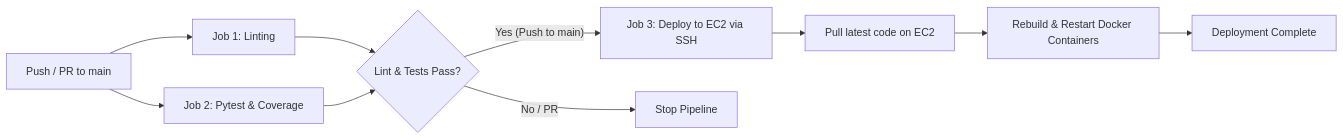
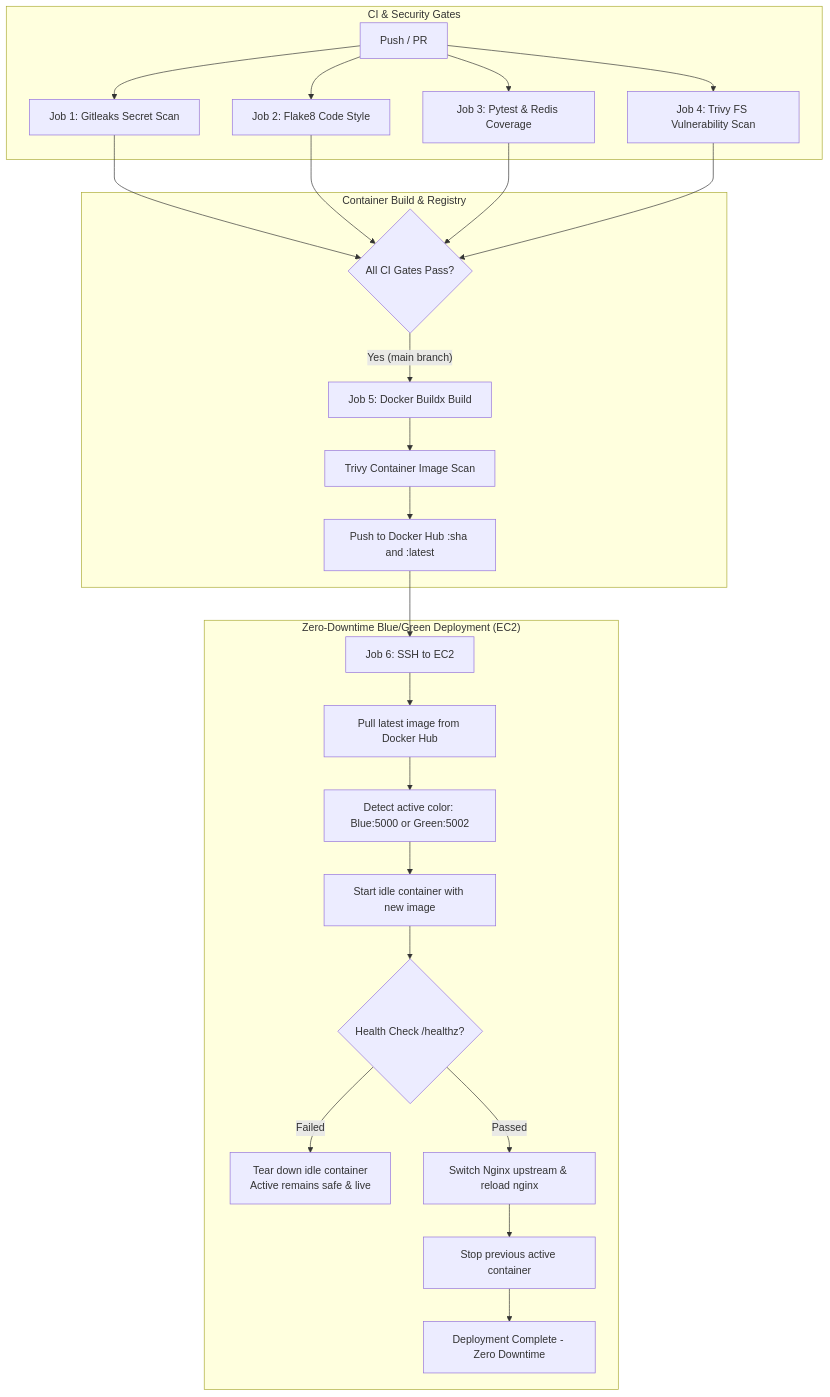
Before and after one commit to dbuntyz/docker-python: the diagram in README-DEPLOYMENT.md, drawn with Mermaid. The commit also changed other lines of this file and 9 other files, not shown here.

Commit message:
blue-green-deeployment

````diff
--- a/README-DEPLOYMENT.md
+++ b/README-DEPLOYMENT.md
@@ -96,12 +47,28 @@
 ```mermaid
-flowchart LR
-    A[Push / PR to main] --> B[Job 1: Linting]
-    A --> C[Job 2: Pytest & Coverage]
-    B --> D{Lint & Tests Pass?}
-    C --> D
-    D -- Yes (Push to main) --> E[Job 3: Deploy to EC2 via SSH]
-    D -- No / PR --> F[Stop Pipeline]
-    E --> G[Pull latest code on EC2]
-    G --> H[Rebuild & Restart Docker Containers]
-    H --> I[Deployment Complete]
+flowchart TD
+    subgraph CI["CI & Security Gates"]
+        A[Push / PR] --> B[Job 1: Gitleaks Secret Scan]
+        A --> C[Job 2: Flake8 Code Style]
+        A --> D[Job 3: Pytest & Redis Coverage]
+        A --> E[Job 4: Trivy FS Vulnerability Scan]
+    end
+
+    subgraph CD_REGISTRY["Container Build & Registry"]
+        B & C & D & E --> F{All CI Gates Pass?}
+        F -- Yes (main branch) --> G[Job 5: Docker Buildx Build]
+        G --> H[Trivy Container Image Scan]
+        H --> I[Push to Docker Hub :sha and :latest]
+    end
+
+    subgraph CD_DEPLOY["Zero-Downtime Blue/Green Deployment (EC2)"]
+        I --> J[Job 6: SSH to EC2]
+        J --> K[Pull latest image from Docker Hub]
+        K --> L[Detect active color: Blue:5000 or Green:5002]
+        L --> M[Start idle container with new image]
+        M --> N{Health Check /healthz?}
+        N -- Failed --> O[Tear down idle container\nActive remains safe & live]
+        N -- Passed --> P[Switch Nginx upstream & reload nginx]
+        P --> Q[Stop previous active container]
+        Q --> R[Deployment Complete - Zero Downtime]
+    end
 ```
````
